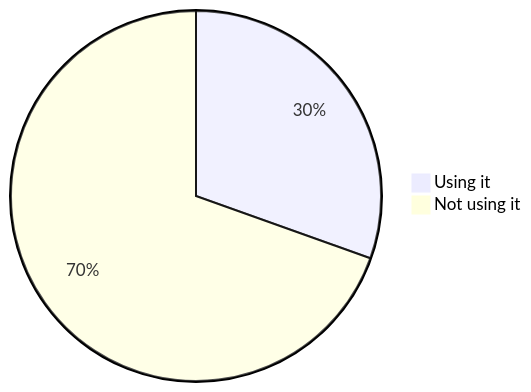
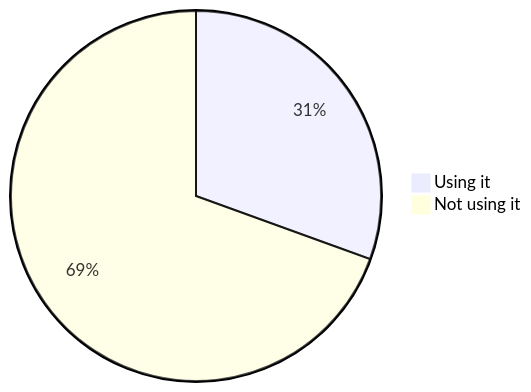
One commit to oshp/oshp-stats changed diagram 16 of 22 in stats.md. Above: the diagram before and after it, drawn with Mermaid. The commit also changed other lines of this file, not shown here.

````diff
--- a/stats.md
+++ b/stats.md
@@ -190,6 +190,6 @@
 ```mermaid
 pie
-	"Using it" : 30.46
-	"Not using it" : 69.54
+	"Using it" : 30.53
+	"Not using it" : 69.47
 
 ```
````
